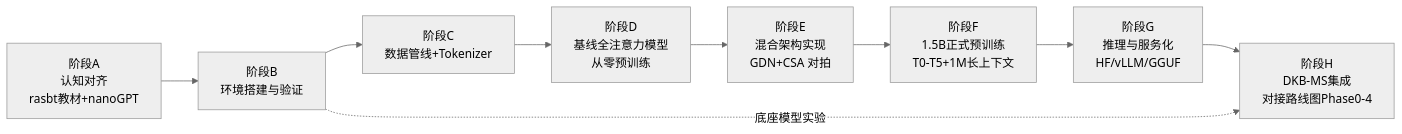
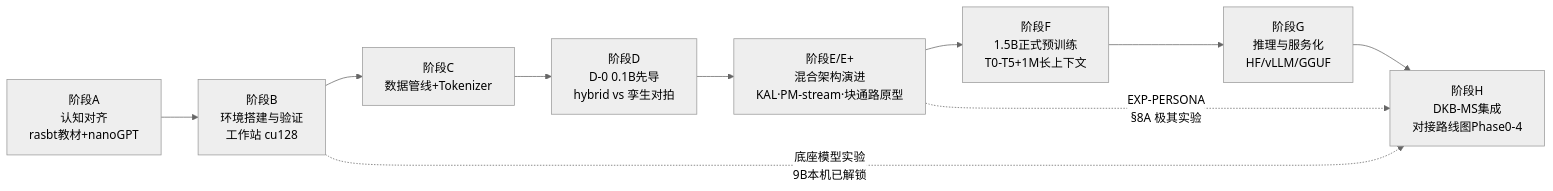
The diagram in docs/从零构建TAIS-Obsidian_总体实施计划.md (BaiTian6641/TAIS-Obisian), drawn with Mermaid (neutral theme) before and after one commit. The commit also changed other lines of this file and 3 other files, not shown here.

First line of the commit message:
docs: Update version to v0.4 and add experimental notes for EXP-PERSONA

````diff
--- a/docs/从零构建TAIS-Obsidian_总体实施计划.md
+++ b/docs/从零构建TAIS-Obsidian_总体实施计划.md
@@ -65,11 +67,12 @@
 ```mermaid
 flowchart LR
-    A[阶段A<br/>认知对齐<br/>rasbt教材+nanoGPT] --> B[阶段B<br/>环境搭建与验证]
+    A[阶段A<br/>认知对齐<br/>rasbt教材+nanoGPT] --> B[阶段B<br/>环境搭建与验证<br/>工作站 cu128]
     B --> C[阶段C<br/>数据管线+Tokenizer]
-    C --> D[阶段D<br/>基线全注意力模型<br/>从零预训练]
-    D --> E[阶段E<br/>混合架构实现<br/>GDN+CSA 对拍]
+    C --> D[阶段D<br/>D-0 0.1B先导<br/>hybrid vs 孪生对拍]
+    D --> E[阶段E/E+<br/>混合架构演进<br/>KAL·PM-stream·块通路原型]
     E --> F[阶段F<br/>1.5B正式预训练<br/>T0-T5+1M长上下文]
     F --> G[阶段G<br/>推理与服务化<br/>HF/vLLM/GGUF]
     G --> H[阶段H<br/>DKB-MS集成<br/>对接路线图Phase0-4]
-    B -.底座模型实验.-> H
+    B -.底座模型实验<br/>9B本机已解锁.-> H
+    E -.EXP-PERSONA<br/>§8A 极其实验.-> H
 ```
````
